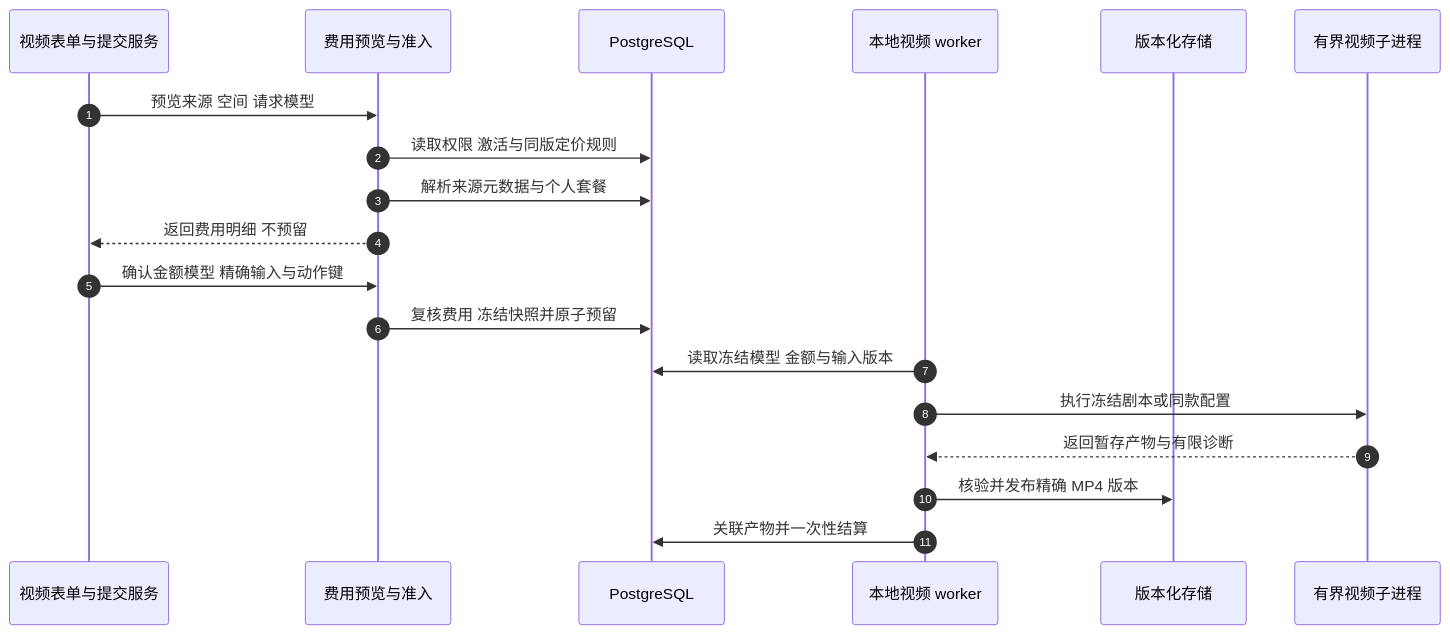
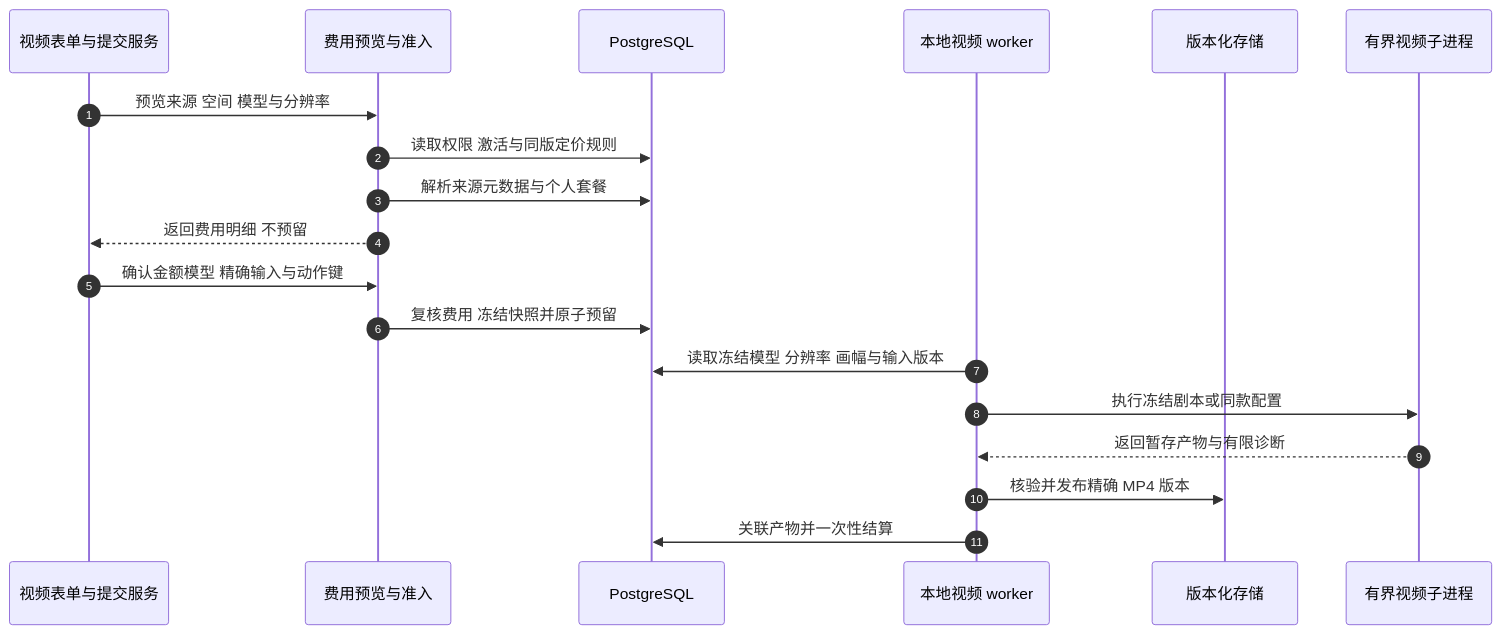
Before and after one commit to Orientation-CD/docs: the diagram in zh/reference/flows/video-billing-flow.md, drawn with Mermaid. The commit also changed other lines of this file and 189 other files, not shown here.

````diff
--- a/zh/reference/flows/video-billing-flow.md
+++ b/zh/reference/flows/video-billing-flow.md
@@ -9,21 +9,21 @@
 ```mermaid
 sequenceDiagram
   autonumber
   participant UI as 视频表单与提交服务
   participant API as 费用预览与准入
   participant DB as PostgreSQL
   participant W as 本地视频 worker
   participant S as 版本化存储
   participant C as 有界视频子进程
-  UI->>API: 预览来源 空间 请求模型
+  UI->>API: 预览来源 空间 模型与分辨率
   API->>DB: 读取权限 激活与同版定价规则
   API->>DB: 解析来源元数据与个人套餐
   API-->>UI: 返回费用明细 不预留
   UI->>API: 确认金额模型 精确输入与动作键
   API->>DB: 复核费用 冻结快照并原子预留
-  W->>DB: 读取冻结模型 金额与输入版本
+  W->>DB: 读取冻结模型 分辨率 画幅与输入版本
   W->>C: 执行冻结剧本或同款配置
   C-->>W: 返回暂存产物与有限诊断
   W->>S: 核验并发布精确 MP4 版本
   W->>DB: 关联产物并一次性结算
 ```
````
